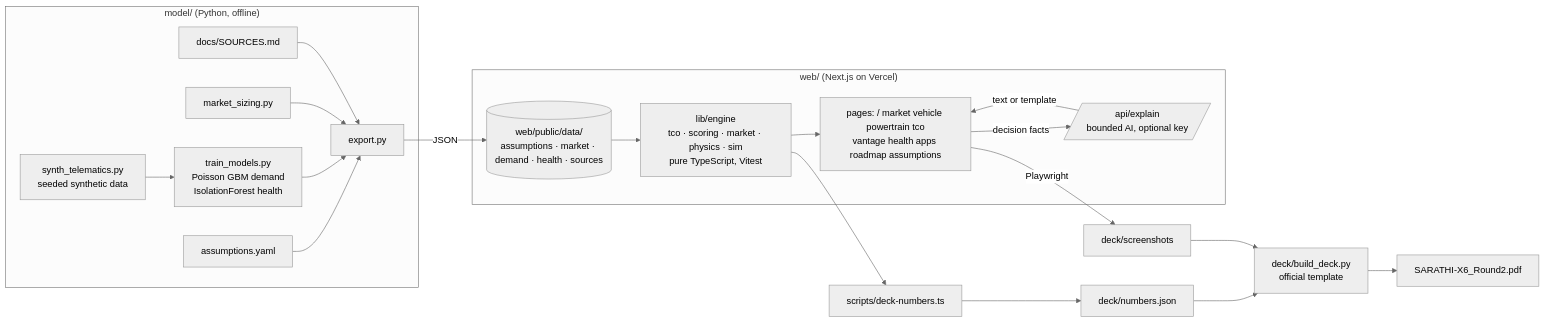
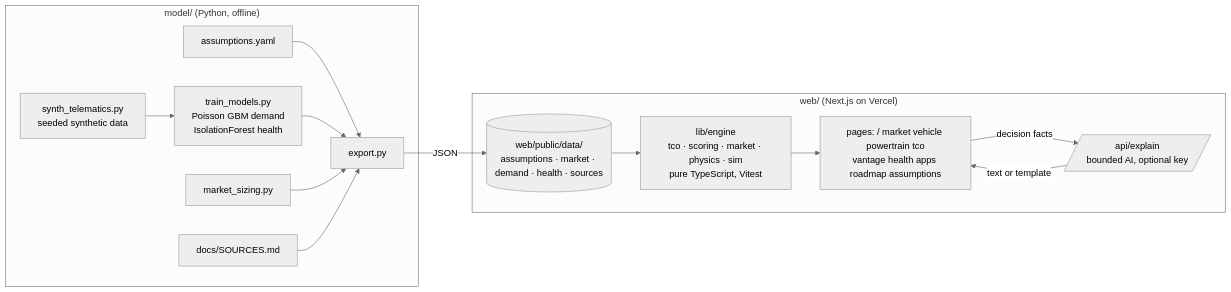
The diagram in docs/ARCHITECTURE.md (Asadalk/sarathi-x6-vantage), drawn with Mermaid (neutral theme) before and after one commit. The commit also changed other lines of this file and 5 other files, not shown here.

Commit message:
chore: keep deck and submission material out of the repo; move README screenshots to docs/

````diff
--- a/docs/ARCHITECTURE.md
+++ b/docs/ARCHITECTURE.md
@@ -3,21 +3,17 @@
 ```mermaid
 flowchart LR
   subgraph model["model/ (Python, offline)"]
     Y[assumptions.yaml] --> E[export.py]
     S[synth_telematics.py<br/>seeded synthetic data] --> T[train_models.py<br/>Poisson GBM demand<br/>IsolationForest health]
     T --> E
     M[market_sizing.py] --> E
     SRC[docs/SOURCES.md] --> E
   end
   E -->|JSON| D[(web/public/data/<br/>assumptions · market · demand · health · sources)]
   subgraph web["web/ (Next.js on Vercel)"]
     D --> ENG[lib/engine<br/>tco · scoring · market · physics · sim<br/>pure TypeScript, Vitest]
     ENG --> P[pages: / market vehicle powertrain tco<br/>vantage health apps roadmap assumptions]
     P -->|decision facts| API[/api/explain<br/>bounded AI, optional key/]
     API -->|text or template| P
   end
-  ENG --> N[scripts/deck-numbers.ts] --> DN[deck/numbers.json]
-  P -->|Playwright| SH[deck/screenshots]
-  DN --> B[deck/build_deck.py<br/>official template] --> PDF[SARATHI-X6_Round2.pdf]
-  SH --> B
 ```
````
